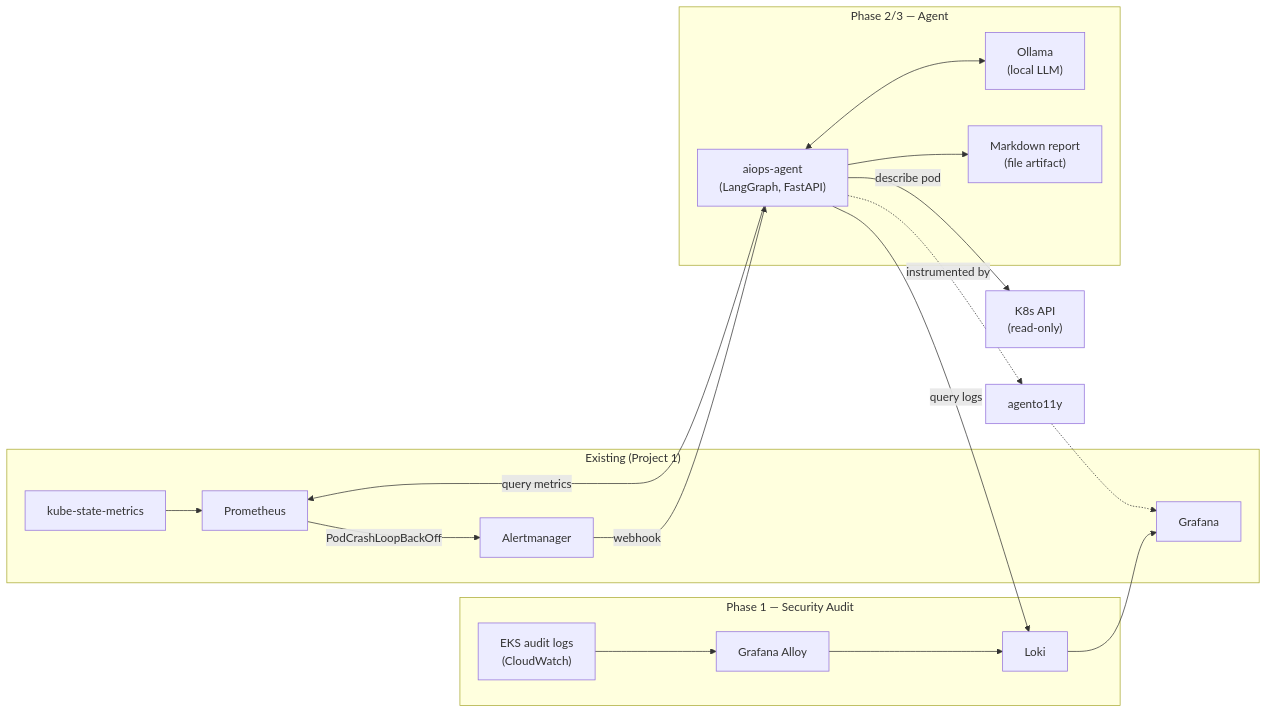
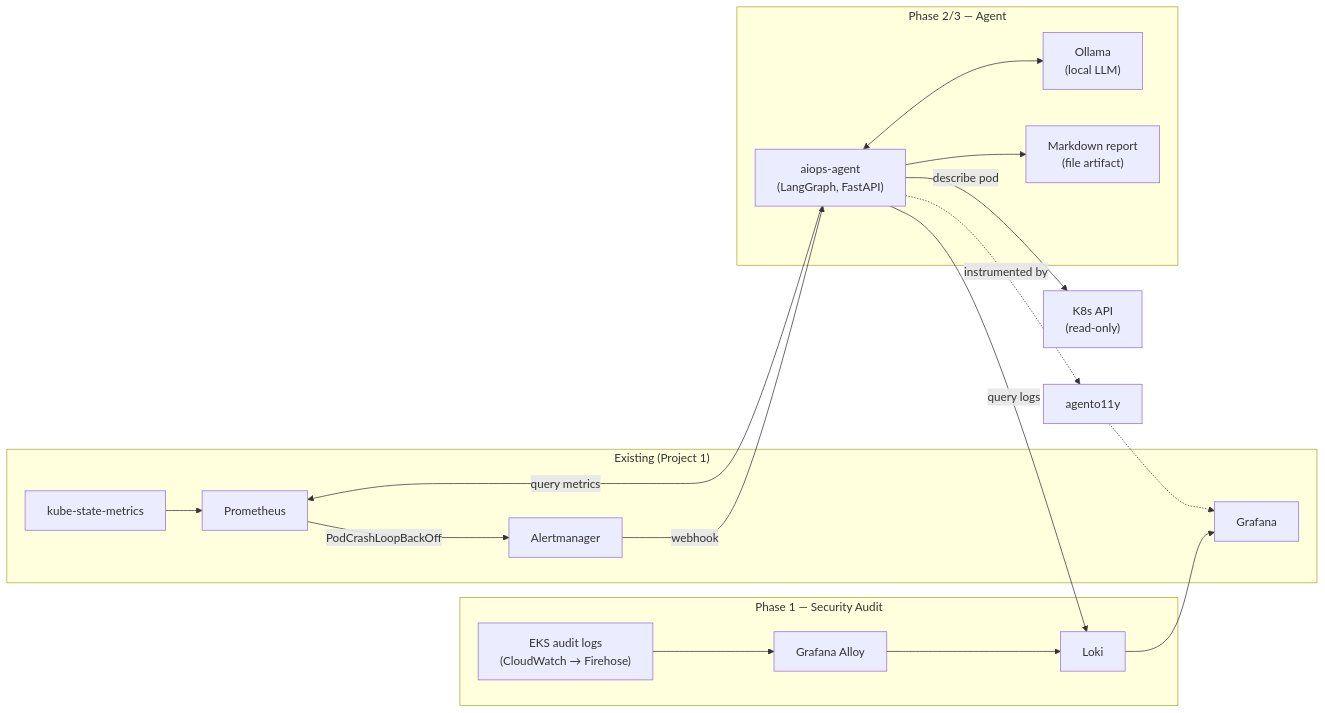
Before and after one commit to 4Min4m/eks-aiops-agent-security-audit: the diagram in README.md, drawn with Mermaid. The commit also changed other lines of this file, not shown here.

First line of the commit message:
Revise CloudWatch description and repo layout

````diff
--- a/README.md
+++ b/README.md
@@ -34,33 +34,33 @@
 ```mermaid
 flowchart LR
     subgraph existing["Existing (Project 1)"]
         prom["Prometheus"]
         am["Alertmanager"]
         graf["Grafana"]
         ksm["kube-state-metrics"]
     end
 
     subgraph phase1["Phase 1 — Security Audit"]
-        cw["EKS audit logs\n(CloudWatch)"]
+        cw["EKS audit logs\n(CloudWatch → Firehose)"]
         alloy["Grafana Alloy"]
         loki["Loki"]
     end
 
     subgraph phase2["Phase 2/3 — Agent"]
         agent["aiops-agent\n(LangGraph, FastAPI)"]
         ollama["Ollama\n(local LLM)"]
         report["Markdown report\n(file artifact)"]
     end
 
     cw --> alloy --> loki --> graf
     ksm --> prom
     prom -->|PodCrashLoopBackOff| am
     am -->|webhook| agent
     agent -->|query logs| loki
     agent -->|query metrics| prom
     agent -->|describe pod| k8s["K8s API\n(read-only)"]
     agent <--> ollama
     agent --> report
     agent -.instrumented by.-> ao11y["agento11y"]
     ao11y -.-> graf
 ```
````
